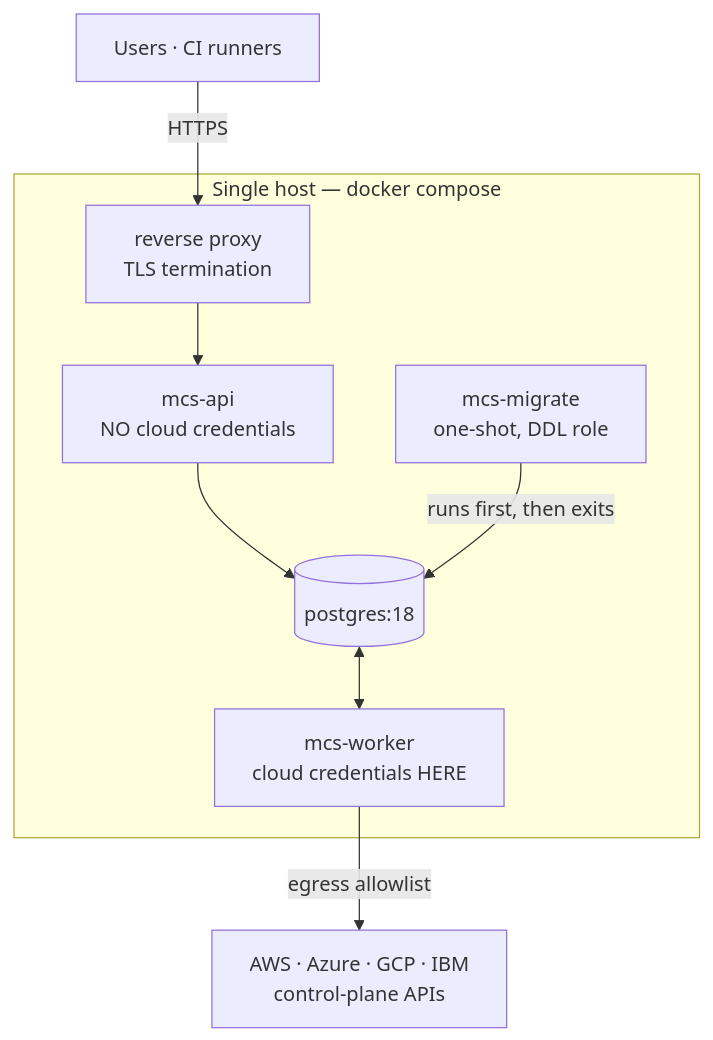
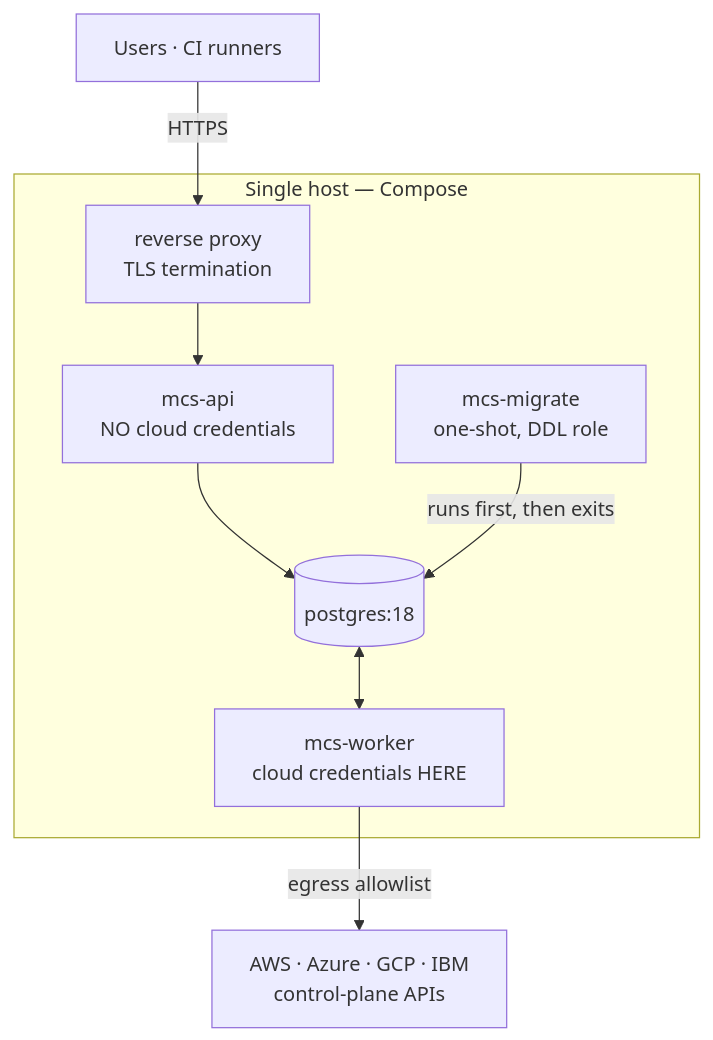
Before and after one commit to oborges/MultiCloudShield: the diagram in docs/architecture/deployment.md, drawn with Mermaid. The commit also changed other lines of this file and 13 other files, not shown here.

````diff
--- a/docs/architecture/deployment.md
+++ b/docs/architecture/deployment.md
@@ -13,20 +13,20 @@
 ```mermaid
 flowchart TB
     U["Users · CI runners"] -->|HTTPS| RP
 
-    subgraph HOST["Single host — docker compose"]
+    subgraph HOST["Single host — Compose"]
         RP["reverse proxy<br/>TLS termination"]
         API["mcs-api<br/>NO cloud credentials"]
         WRK["mcs-worker<br/>cloud credentials HERE"]
         MIG["mcs-migrate<br/>one-shot, DDL role"]
         PG[("postgres:18")]
     end
 
     CLOUD["AWS · Azure · GCP · IBM<br/>control-plane APIs"]
 
     RP --> API
     API --> PG
     MIG -->|"runs first, then exits"| PG
     PG <--> WRK
     WRK -->|"egress allowlist"| CLOUD
 ```
````
